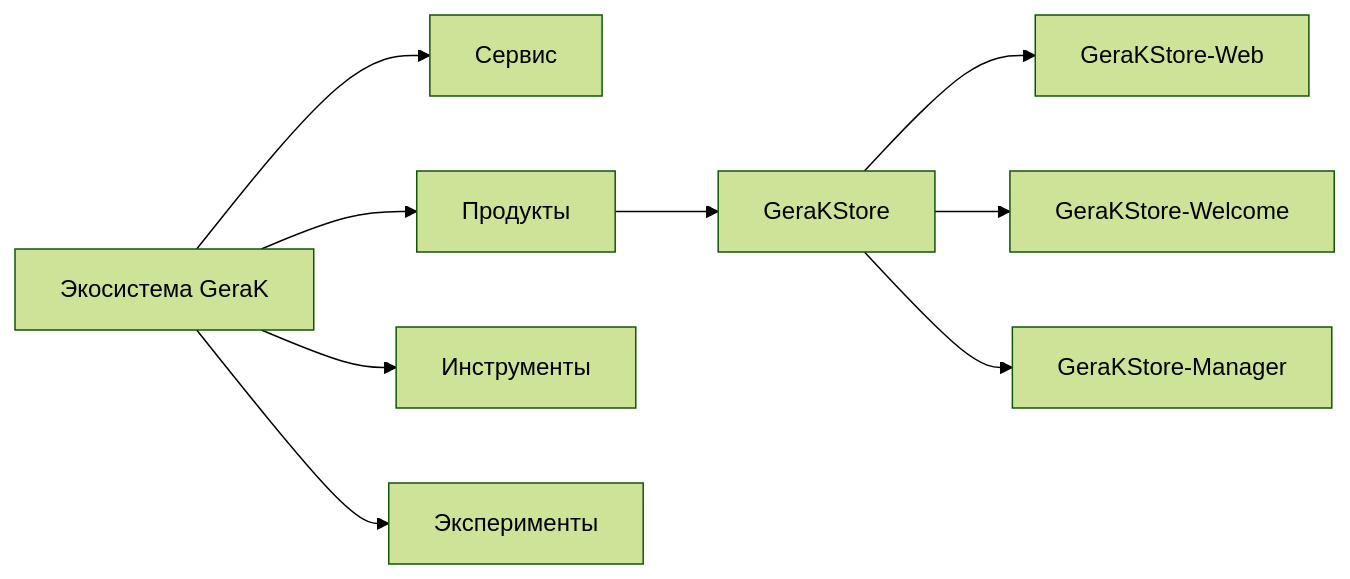
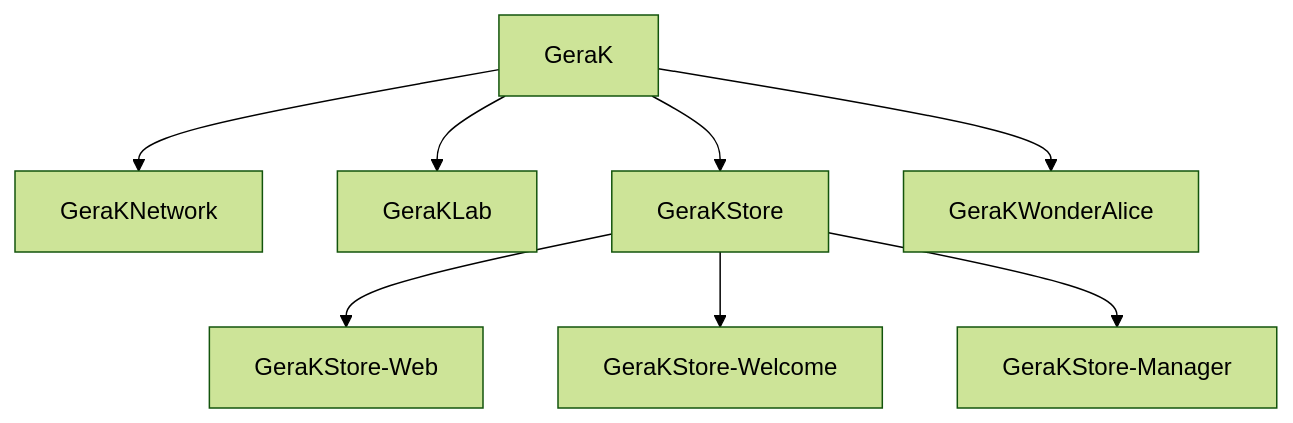
Before and after one commit to gkuhtov/GeraKProtocol: the first of 2 diagrams in АРХИТЕКТУРА.md, drawn with Mermaid (forest theme). The commit also changed other lines of this file, not shown here.

Commit message:
Расширена архитектура экосистемы GeraK

````diff
--- a/АРХИТЕКТУРА.md
+++ b/АРХИТЕКТУРА.md
@@ -16,18 +18,22 @@
-~~~mermaid
-flowchart LR
-    G["Экосистема GeraK"]
-    N["Сервис"]
-    P["Продукты"]
-    I["Инструменты"]
-    E["Эксперименты"]
+```mermaid
+flowchart TB
+    G["GeraK"]
+
+    N["GeraKNetwork"]
+    L["GeraKLab"]
+    S["GeraKStore"]
+    A["GeraKWonderAlice"]
+
+    W["GeraKStore-Web"]
+    H["GeraKStore-Welcome"]
+    M["GeraKStore-Manager"]
 
     G --> N
-    G --> P
-    G --> I
-    G --> E
+    G --> L
+    G --> S
+    G --> A
 
-    P --> S["GeraKStore"]
-    S --> W["GeraKStore-Web"]
-    S --> H["GeraKStore-Welcome"]
-    S --> M["GeraKStore-Manager"]
-~~~
+    S --> W
+    S --> H
+    S --> M
+```
````
